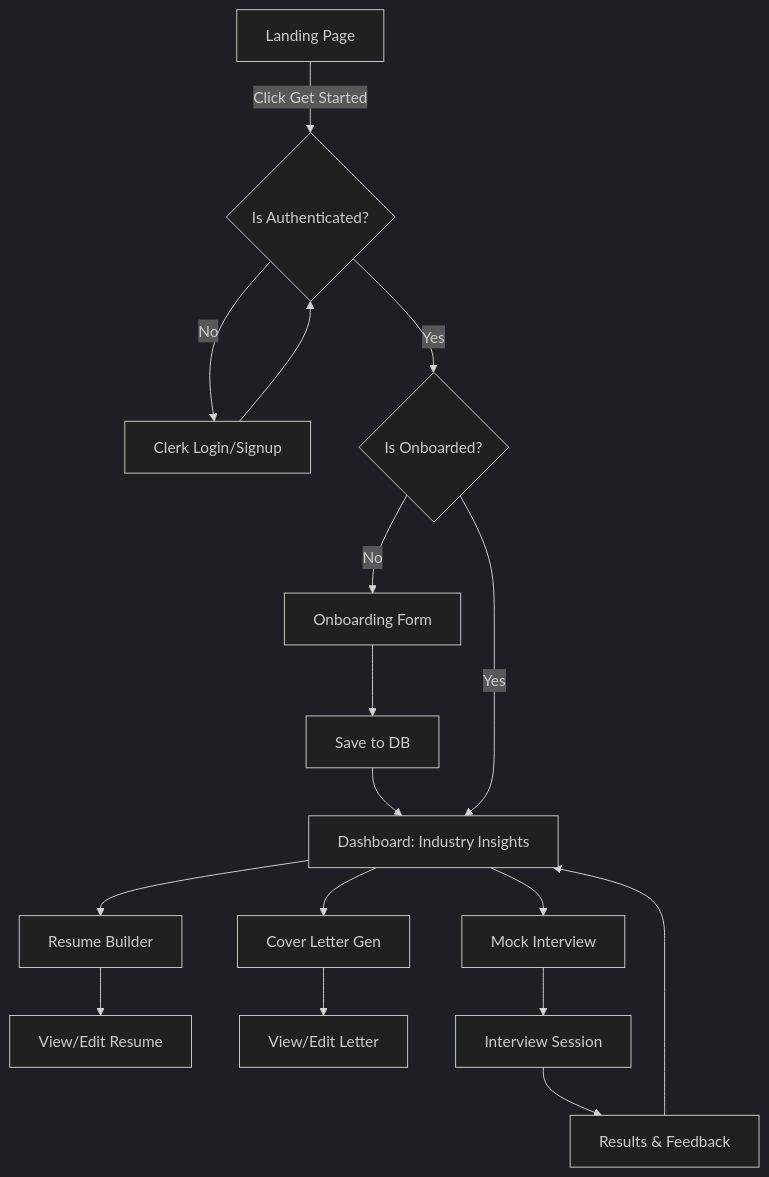
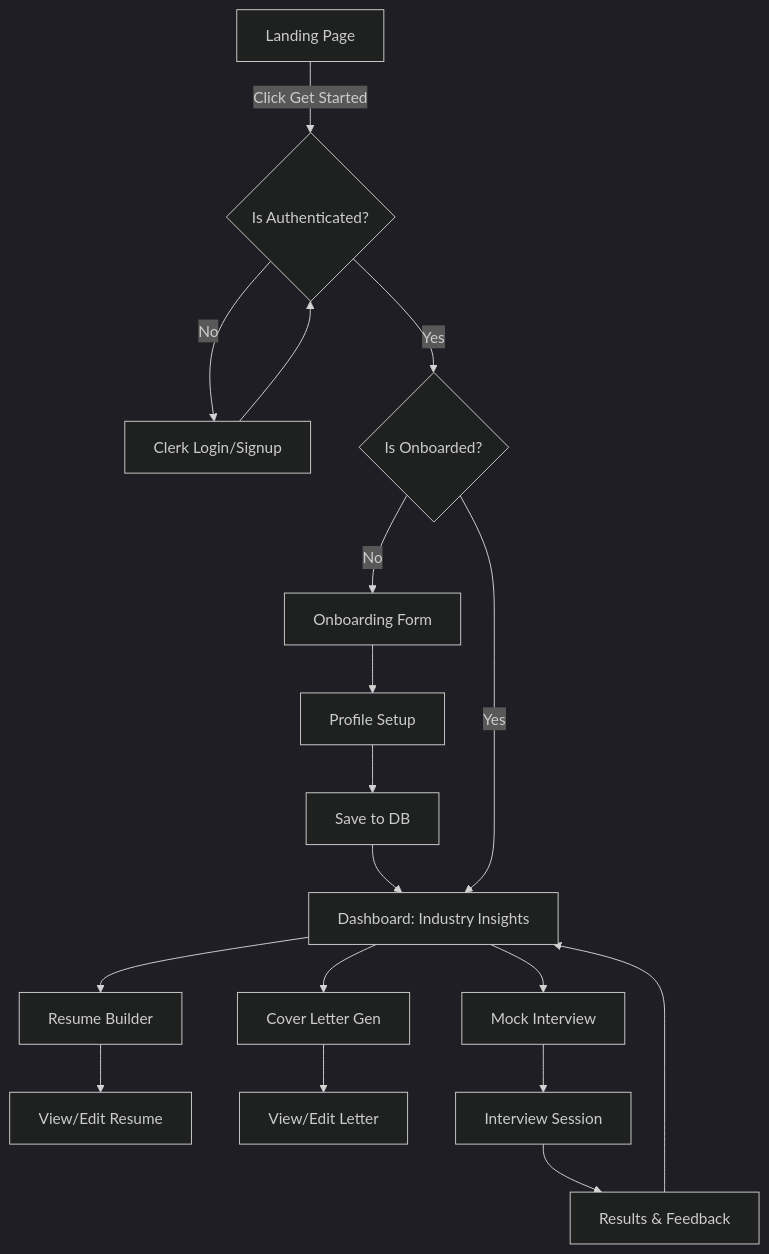
One commit to MohammedFawzaan/AI-Career-Pilot changed the fifth of 6 diagrams in docs/UML_Diagrams.md. Above: the diagram before and after it, drawn with Mermaid (dark theme). The commit also changed other lines of this file and 10 other files, not shown here.

````diff
--- a/docs/UML_Diagrams.md
+++ b/docs/UML_Diagrams.md
@@ -185,21 +186,22 @@
 ```mermaid
 graph TD
     A[Landing Page] -->|Click Get Started| B{Is Authenticated?}
     B -- No --> C[Clerk Login/Signup]
     C --> B
     B -- Yes --> D{Is Onboarded?}
     D -- No --> E[Onboarding Form]
-    E --> F[Save to DB]
-    F --> G[Dashboard: Industry Insights]
+    E --> F[Profile Setup]
+    F --> F2[Save to DB]
+    F2 --> G[Dashboard: Industry Insights]
     D -- Yes --> G
     
     G --> H[Resume Builder]
     G --> I[Cover Letter Gen]
     G --> J[Mock Interview]
     
     H --> K[View/Edit Resume]
     I --> L[View/Edit Letter]
     J --> M[Interview Session]
     M --> N[Results & Feedback]
     N --> G
 ```
````
